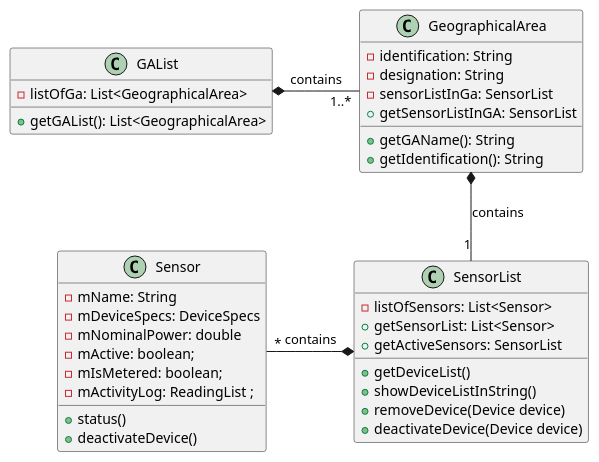
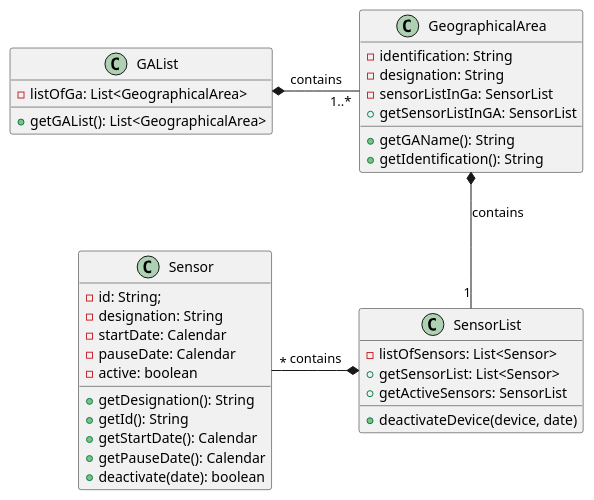
Before and after one commit to emanuel-pereira/hou: the diagram in src/main/java/smarthome/controller/classDiagrams/cd_DeactivateSensor.puml, drawn with PlantUML.

Commit message:
Update Class Diagram cd_DeactivateSensor. Ref #119

```diff
--- a/src/main/java/smarthome/controller/classDiagrams/cd_DeactivateSensor.puml
+++ b/src/main/java/smarthome/controller/classDiagrams/cd_DeactivateSensor.puml
@@ -1,47 +1,45 @@
 @startuml
 
 class GAList{
 - listOfGa: List<GeographicalArea>
 + getGAList(): List<GeographicalArea>
 
 }
 
 class GeographicalArea{
 - identification: String
 - designation: String
 - sensorListInGa: SensorList
 + getGAName(): String
 + getIdentification(): String
 + getSensorListInGA: SensorList
 }
 
 
 class SensorList{
 - listOfSensors: List<Sensor>
 + getSensorList: List<Sensor>
 + getActiveSensors: SensorList
-
-+ getDeviceList()
-+ showDeviceListInString()
-+ removeDevice(Device device)
-+ deactivateDevice(Device device)
++ deactivateDevice(device, date)
 }
 
 class Sensor {
-- mName: String
-- mDeviceSpecs: DeviceSpecs
-- mNominalPower: double
-- mActive: boolean;
-- mIsMetered: boolean;
-- mActivityLog: ReadingList ;
-+ status()
-+ deactivateDevice()
+- id: String;
+- designation: String
+- startDate: Calendar
+- pauseDate: Calendar
+- active: boolean
++ getDesignation(): String
++ getId(): String
++ getStartDate(): Calendar
++ getPauseDate(): Calendar
++ deactivate(date): boolean
 }
 
 GAList *- "1..*"GeographicalArea: contains
 GeographicalArea *-- "1"SensorList: contains
 Sensor"*" -* SensorList: contains
 
 
 
 @enduml
```
